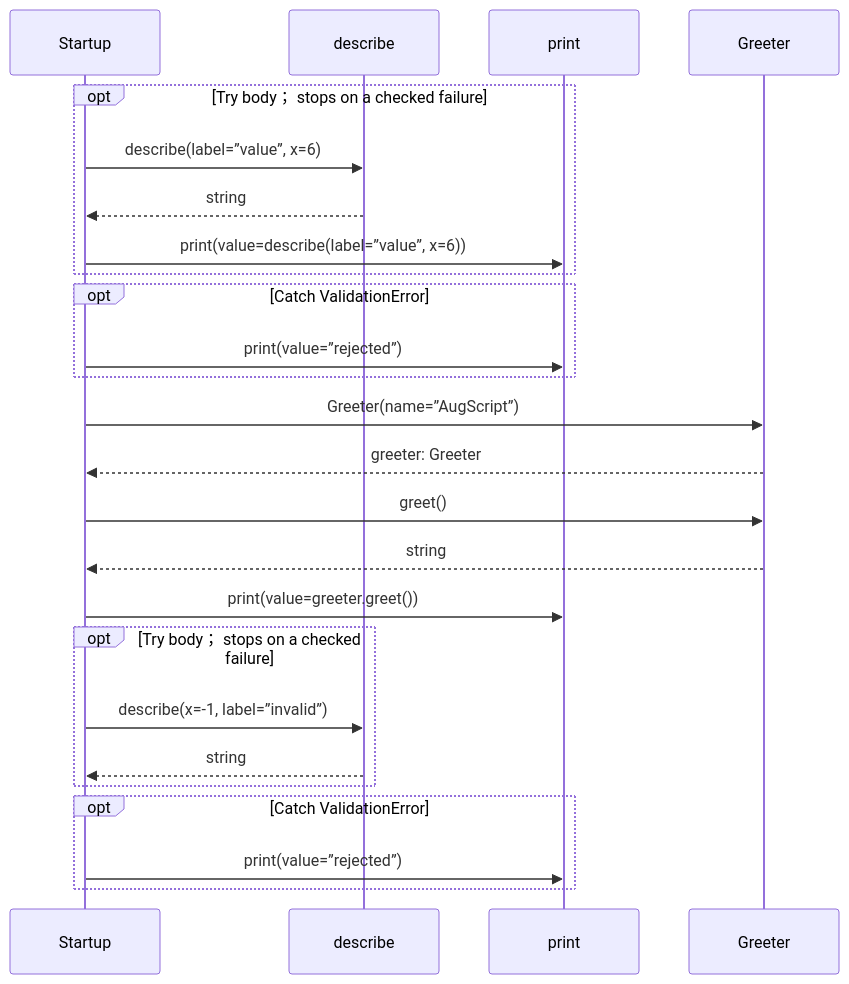
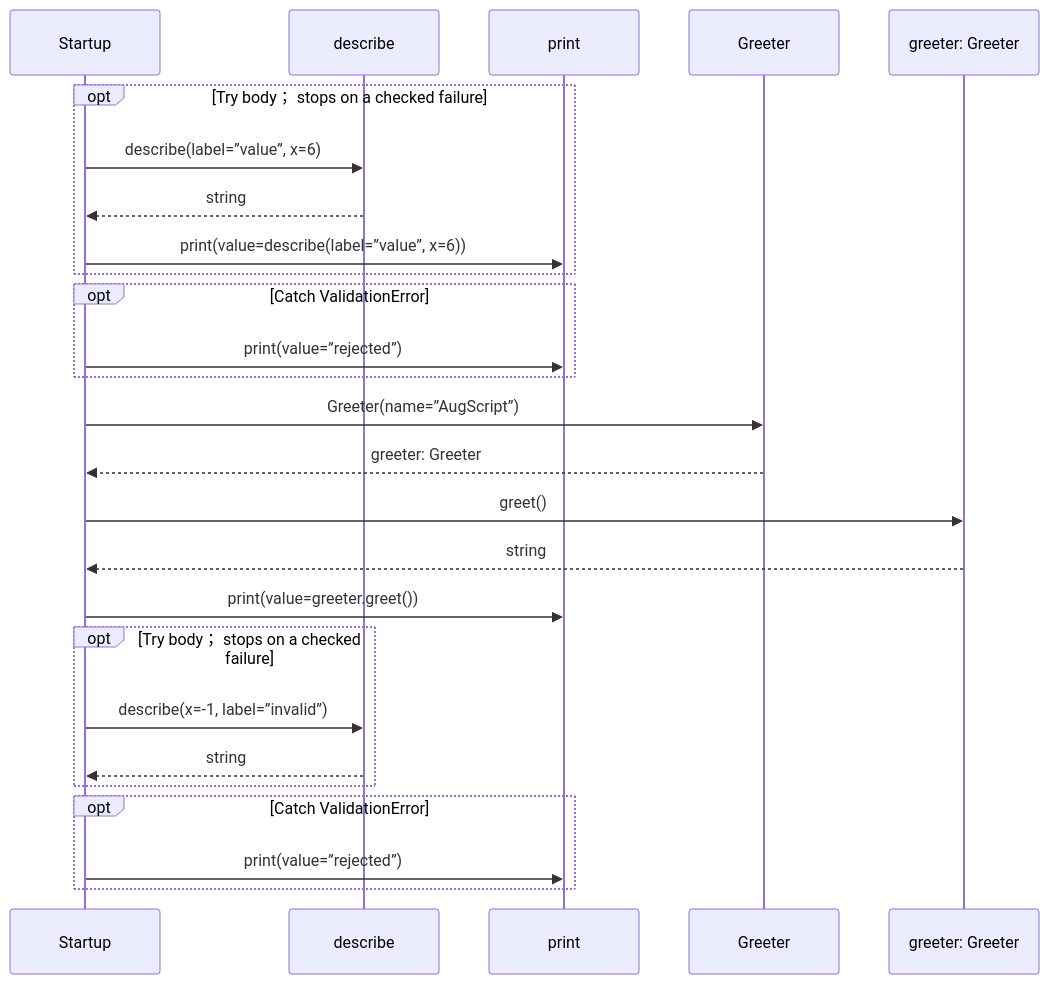
One commit to GreenPandaStudios/augscript changed the third of 3 diagrams in docs/examples/interceptors/main-diagrams.md. Above: the diagram before and after it, drawn with Mermaid. The commit also changed 102 other files, not shown here.

Commit message:
Keep named service receivers distinct in sequence data flow

````diff
--- a/docs/examples/interceptors/main-diagrams.md
+++ b/docs/examples/interceptors/main-diagrams.md
@@ -53,27 +53,28 @@
 ```mermaid
 sequenceDiagram
     participant p0 as Startup
     participant p1 as describe
     participant p2 as print
     participant p3 as Greeter
+    participant p4 as greeter: Greeter
     opt Try body； stops on a checked failure
     p0->>p1: describe(label=”value”, x=6)
     p1-->>p0: string
     p0->>p2: print(value=describe(label=”value”, x=6))
     end
     opt Catch ValidationError
     p0->>p2: print(value=”rejected”)
     end
     p0->>p3: Greeter(name=”AugScript”)
     p3-->>p0: greeter: Greeter
-    p0->>p3: greet()
-    p3-->>p0: string
+    p0->>p4: greet()
+    p4-->>p0: string
     p0->>p2: print(value=greeter.greet())
     opt Try body； stops on a checked failure
     p0->>p1: describe(x=-1, label=”invalid”)
     p1-->>p0: string
     end
     opt Catch ValidationError
     p0->>p2: print(value=”rejected”)
     end
 ```
````
